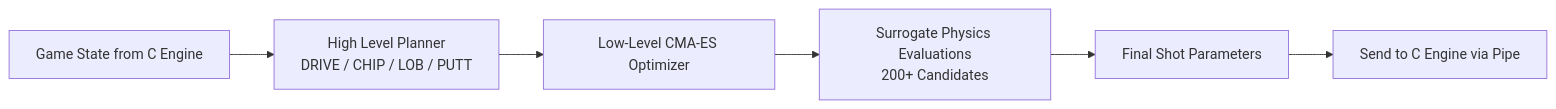
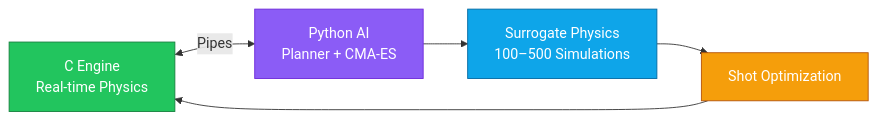
One commit to Shaenpai24/PROJECT-GOLFERO changed the diagram in README.md. Above: the diagram before and after it, drawn with Mermaid. The commit also changed other lines of this file, not shown here.

`````diff
--- a/README.md
+++ b/README.md
@@ -57,8 +42,11 @@
 ```mermaid
 flowchart LR
-    A[Game State from C Engine] --> B[High Level Planner\nDRIVE / CHIP / LOB / PUTT]
-    B --> C[Low-Level CMA-ES Optimizer]
-    C --> D[Surrogate Physics Evaluations\n200+ Candidates]
-    D --> E[Final Shot Parameters]
-    E --> F[Send to C Engine via Pipe]
-```
+    A[C Engine<br/>Real-time Physics] <-- Pipes --> B[Python AI<br/>Planner + CMA-ES]
+    B --> C[Surrogate Physics<br/>100–500 Simulations]
+    C --> D[Shot Optimization]
+    D --> A
+    style A fill:#22c55e,stroke:#15803d,color:#fff
+    style B fill:#8b5cf6,stroke:#6d28d9,color:#fff
+    style C fill:#0ea5e9,stroke:#0369a1,color:#fff
+    style D fill:#f59e0b,stroke:#b45309,color:#fff
+````
`````
